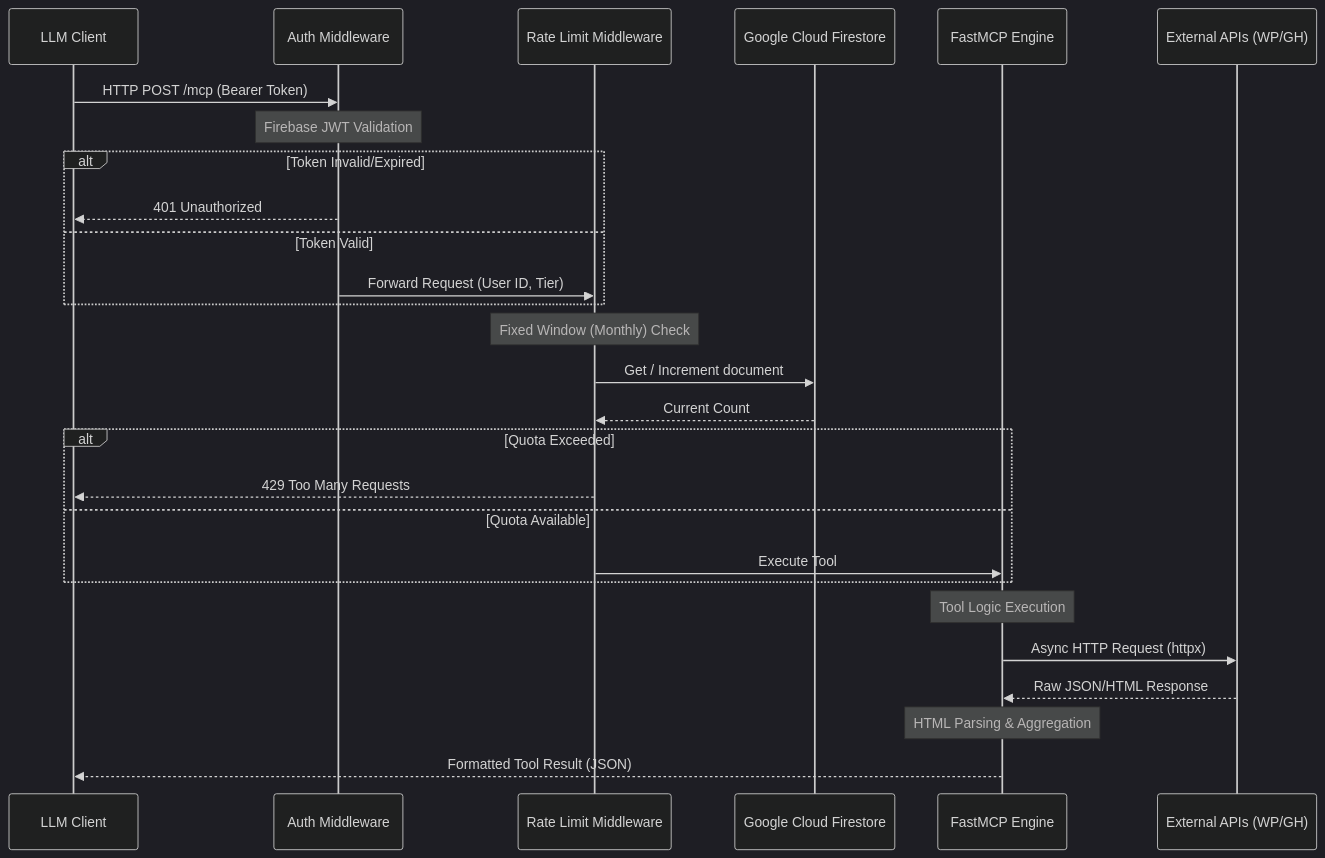
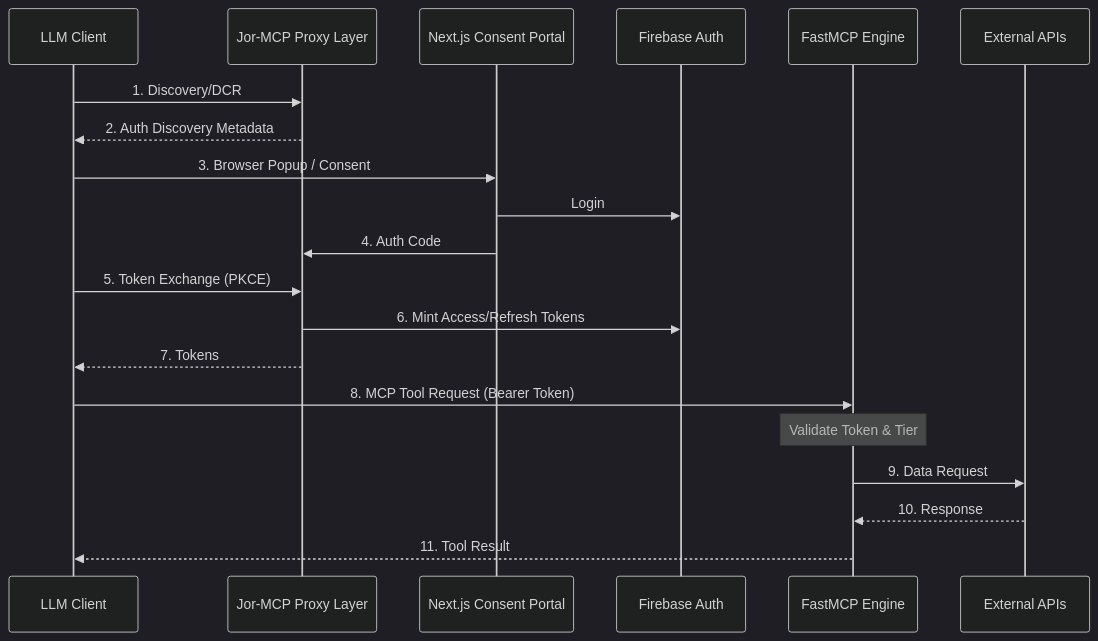
One commit to ambiental-media/jor-mcp changed the second of 2 diagrams in docs/en/1-technical/architecture.md. Above: the diagram before and after it, drawn with Mermaid. The commit also changed other lines of this file and 5 other files, not shown here.

````diff
--- a/docs/en/1-technical/architecture.md
+++ b/docs/en/1-technical/architecture.md
@@ -45,36 +52,27 @@
 ```mermaid
 %%{init: {'theme': 'dark'}}%%
 sequenceDiagram
     participant C as LLM Client
-    participant Auth as Auth Middleware
-    participant RL as Rate Limit Middleware
-    participant Firestore as Google Cloud Firestore
+    participant Proxy as Jor-MCP Proxy Layer
+    participant Portal as Next.js Consent Portal
+    participant Auth as Firebase Auth
     participant MCP as FastMCP Engine
-    participant Ext as External APIs (WP/GH)
+    participant Ext as External APIs
 
-    C->>Auth: HTTP POST /mcp (Bearer Token)
+    C->>Proxy: 1. Discovery/DCR
+    Proxy-->>C: 2. Auth Discovery Metadata
     
-    Note over Auth: Firebase JWT Validation
-    alt Token Invalid/Expired
-        Auth-->>C: 401 Unauthorized
-    else Token Valid
-        Auth->>RL: Forward Request (User ID, Tier)
-    end
+    C->>Portal: 3. Browser Popup / Consent
+    Portal->>Auth: Login
+    Portal->>Proxy: 4. Auth Code
+    
+    C->>Proxy: 5. Token Exchange (PKCE)
+    Proxy->>Auth: 6. Mint Access/Refresh Tokens
+    Proxy-->>C: 7. Tokens
 
-    Note over RL: Fixed Window (Monthly) Check
-    RL->>Firestore: Get / Increment document
-    Firestore-->>RL: Current Count
-    
-    alt Quota Exceeded
-        RL-->>C: 429 Too Many Requests
-    else Quota Available
-        RL->>MCP: Execute Tool
-    end
-
-    Note over MCP: Tool Logic Execution
-    MCP->>Ext: Async HTTP Request (httpx)
-    Ext-->>MCP: Raw JSON/HTML Response
-    
-    Note over MCP: HTML Parsing & Aggregation
-    MCP-->>C: Formatted Tool Result (JSON)
+    C->>MCP: 8. MCP Tool Request (Bearer Token)
+    Note over MCP: Validate Token & Tier
+    MCP->>Ext: 9. Data Request
+    Ext-->>MCP: 10. Response
+    MCP-->>C: 11. Tool Result
 ```
````
